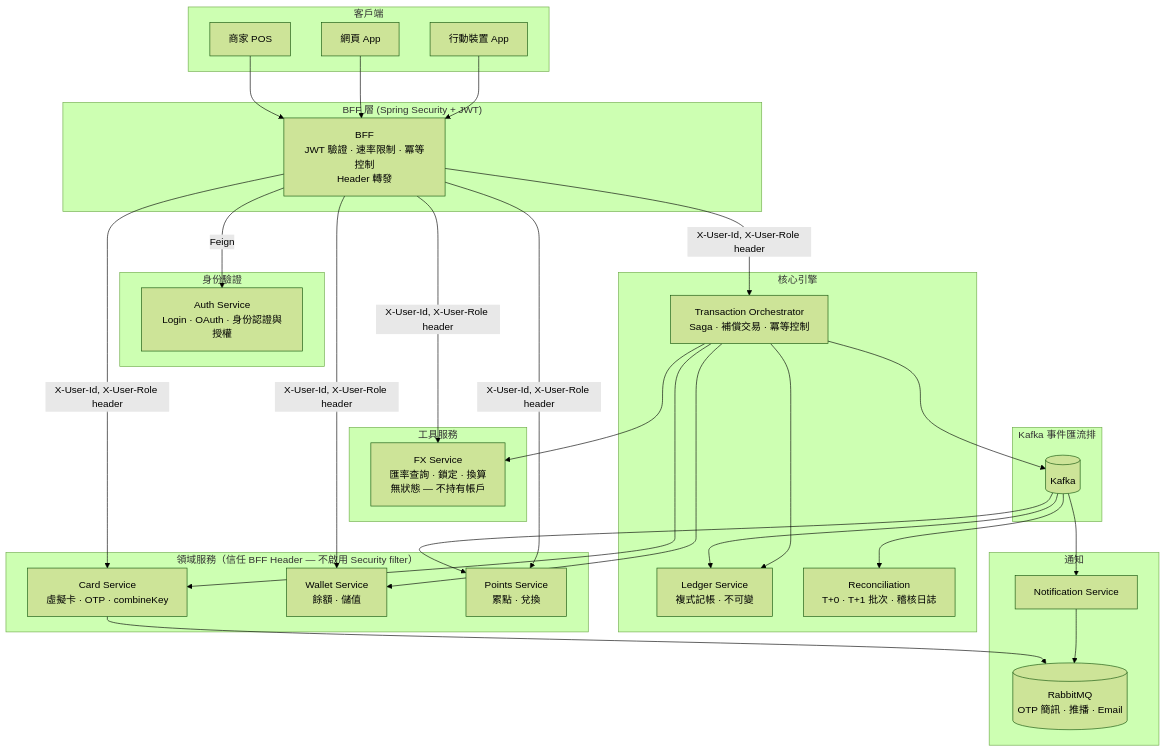
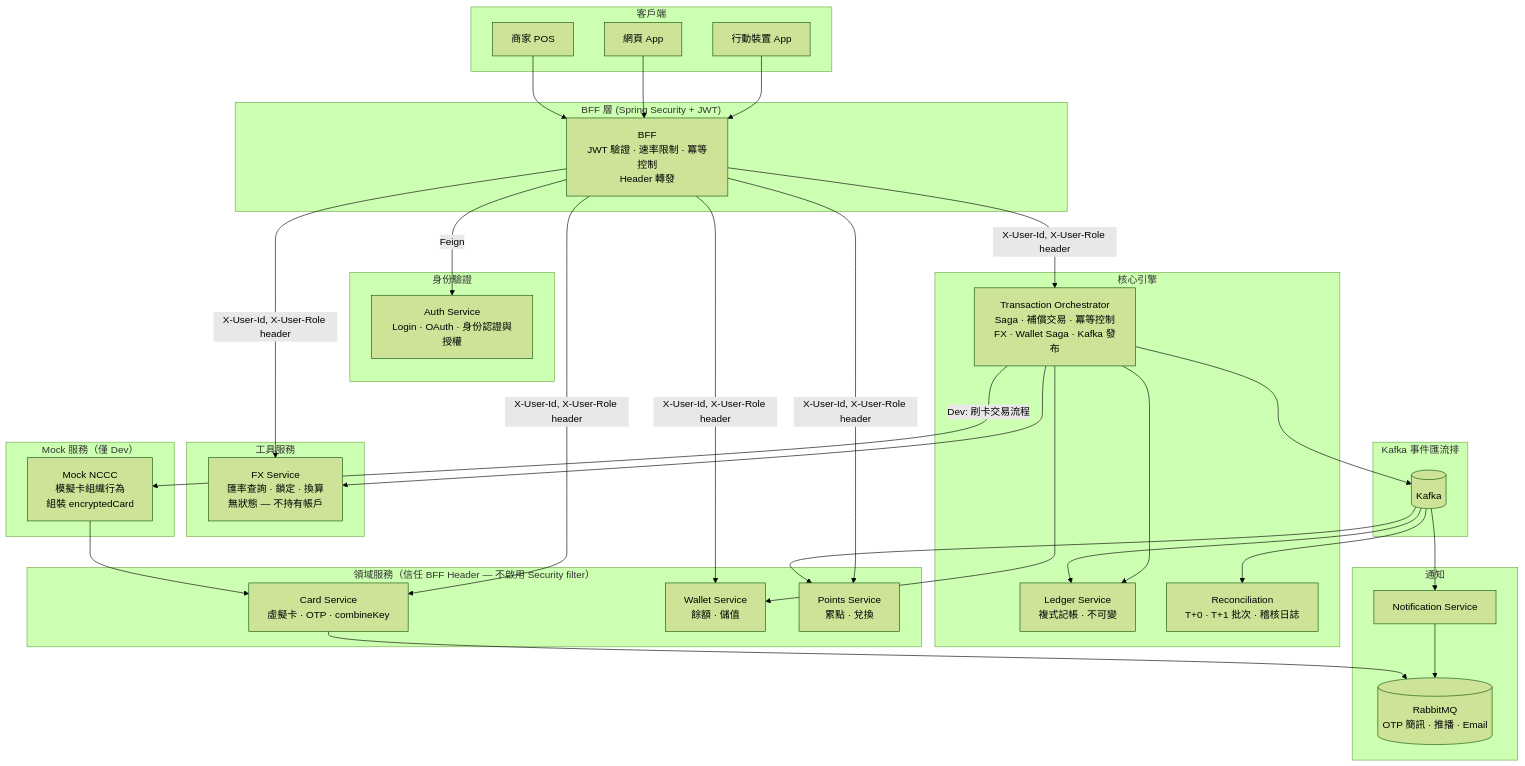
Before and after one commit to Williamrightone/WillCard_Doc: the diagram in guideline/1-system-architecture-zh-tw.md, drawn with Mermaid (forest theme). The commit also changed other lines of this file and 14 other files, not shown here.

````diff
--- a/guideline/1-system-architecture-zh-tw.md
+++ b/guideline/1-system-architecture-zh-tw.md
@@ -36,66 +40,71 @@
 ```mermaid
 graph TB
     subgraph Clients["客戶端"]
         MA[行動裝置 App]
         WA[網頁 App]
         POS[商家 POS]
     end
 
     subgraph BFF_Layer["BFF 層 (Spring Security + JWT)"]
         BFF[BFF<br/>JWT 驗證 · 速率限制 · 冪等控制<br/>Header 轉發]
     end
 
     subgraph Auth_Layer["身份驗證"]
         AUTH[Auth Service<br/>Login · OAuth · 身份認證與授權]
     end
 
     subgraph Domain_Layer["領域服務（信任 BFF Header — 不啟用 Security filter）"]
         CARD[Card Service<br/>虛擬卡 · OTP · combineKey]
         WALLET[Wallet Service<br/>餘額 · 儲值]
         POINTS[Points Service<br/>累點 · 兌換]
     end
 
     subgraph Utility_Layer["工具服務"]
         FX[FX Service<br/>匯率查詢 · 鎖定 · 換算<br/>無狀態 — 不持有帳戶]
     end
 
     subgraph Core_Layer["核心引擎"]
-        ORCH[Transaction Orchestrator<br/>Saga · 補償交易 · 冪等控制]
+        ORCH[Transaction Orchestrator<br/>Saga · 補償交易 · 冪等控制<br/>FX · Wallet Saga · Kafka 發布]
         LEDGER[Ledger Service<br/>複式記帳 · 不可變]
         RECON[Reconciliation<br/>T+0 · T+1 批次 · 稽核日誌]
+    end
+
+    subgraph Mock_Layer["Mock 服務（僅 Dev）"]
+        MNCCC[Mock NCCC<br/>模擬卡組織行為<br/>組裝 encryptedCard]
     end
 
     subgraph Event_Bus["Kafka 事件匯流排"]
         KAFKA[(Kafka)]
     end
 
     subgraph Notification_Layer["通知"]
         NOTIFY[Notification Service]
         MQ[(RabbitMQ<br/>OTP 簡訊 · 推播 · Email)]
     end
 
     MA --> BFF
     WA --> BFF
     POS --> BFF
 
     BFF -->|Feign| AUTH
     BFF -->|X-User-Id, X-User-Role header| CARD
     BFF -->|X-User-Id, X-User-Role header| WALLET
     BFF -->|X-User-Id, X-User-Role header| POINTS
     BFF -->|X-User-Id, X-User-Role header| FX
     BFF -->|X-User-Id, X-User-Role header| ORCH
 
-    ORCH --> CARD
+    ORCH -->|Dev: 刷卡交易流程| MNCCC
+    MNCCC --> CARD
     ORCH --> WALLET
     ORCH --> FX
     ORCH --> LEDGER
     ORCH --> KAFKA
 
     KAFKA --> POINTS
     KAFKA --> LEDGER
     KAFKA --> RECON
     KAFKA --> NOTIFY
 
     NOTIFY --> MQ
     CARD --> MQ
 ```
````
